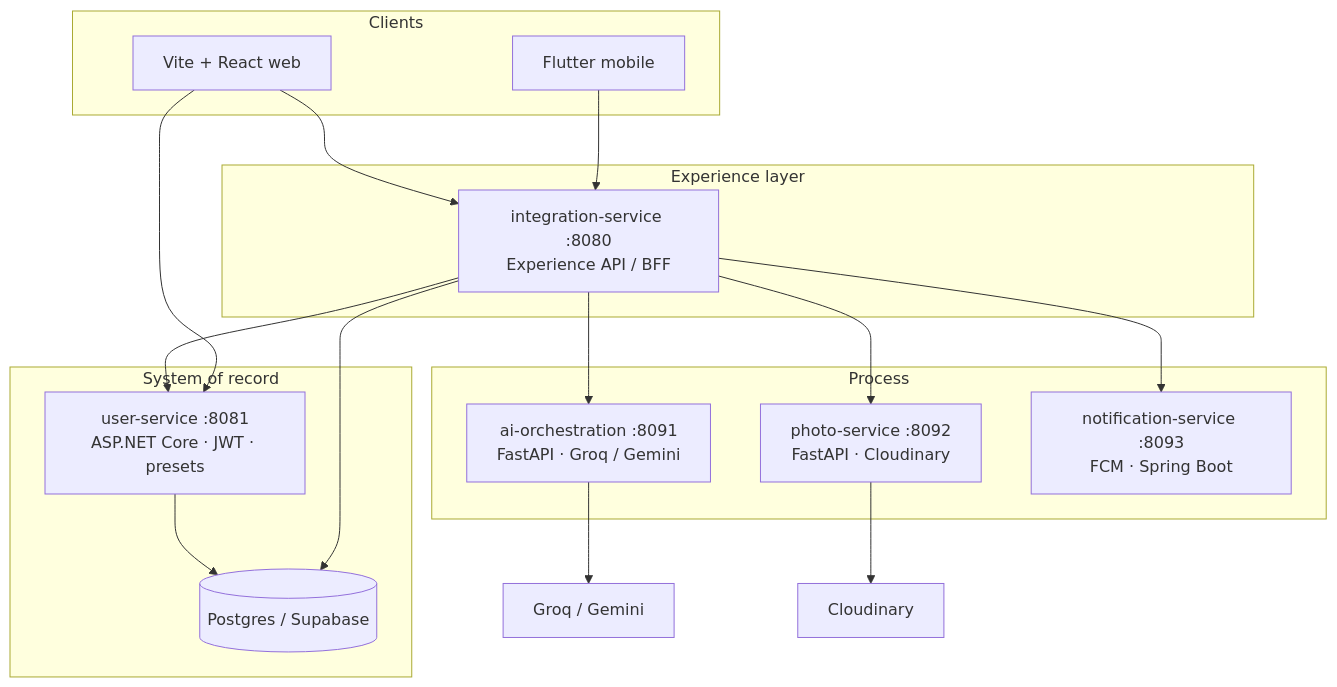
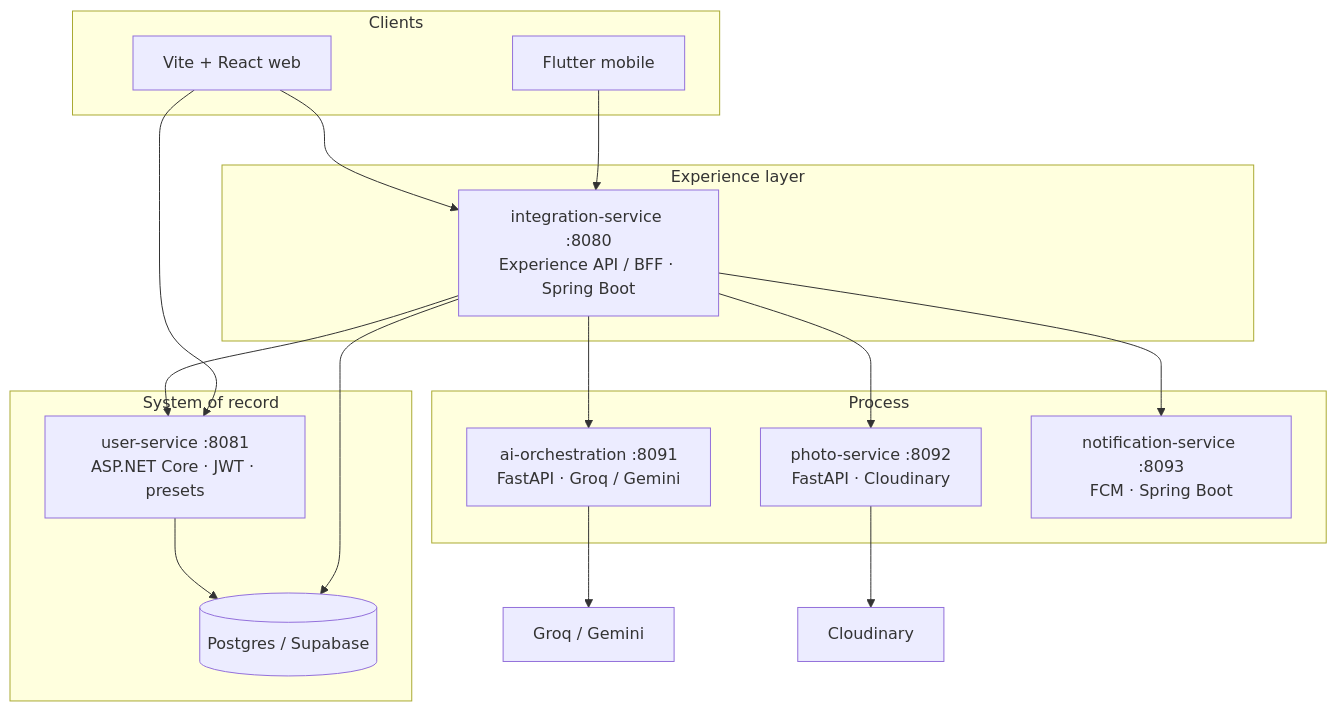
Before and after one commit to sharebridge/sharebridge: the diagram in design/SharingBridge_Technical_Architecture.md, drawn with Mermaid. The commit also changed other lines of this file and 8 other files, not shown here.

First line of the commit message:
Docs: integration-service is Spring Docker; Node MVP removed.

````diff
--- a/design/SharingBridge_Technical_Architecture.md
+++ b/design/SharingBridge_Technical_Architecture.md
@@ -28,34 +28,34 @@
 ```mermaid
 flowchart TB
   subgraph clients["Clients"]
     M[Flutter mobile]
     W[Vite + React web]
   end
 
   subgraph experience["Experience layer"]
-    INT["integration-service :8080\nExperience API / BFF"]
+    INT["integration-service :8080\nExperience API / BFF · Spring Boot"]
   end
 
   subgraph process["Process"]
     AI["ai-orchestration :8091\nFastAPI · Groq / Gemini"]
     PHO["photo-service :8092\nFastAPI · Cloudinary"]
     NOT["notification-service :8093\nFCM · Spring Boot"]
   end
 
   subgraph system["System of record"]
     USR["user-service :8081\nASP.NET Core · JWT · presets"]
     PG[(Postgres / Supabase)]
   end
 
   M --> INT
   W --> INT
   W --> USR
   INT --> USR
   INT --> AI
   INT --> PG
   INT --> NOT
   INT --> PHO
   AI --> EXT["Groq / Gemini"]
   USR --> PG
   PHO --> CLOUD["Cloudinary"]
 ```
````
